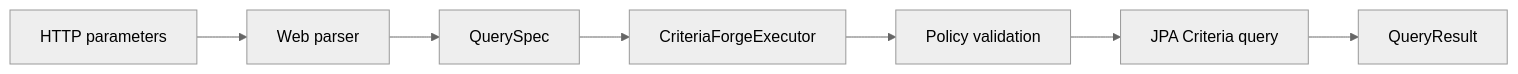
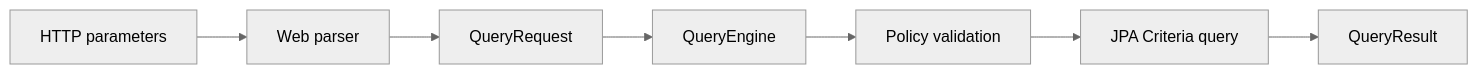
One commit to EmmanuelCazarez/criteriaforge changed the diagram in docs/architecture.md. Above: the diagram before and after it, drawn with Mermaid (neutral theme). The commit also changed other lines of this file and 36 other files, not shown here.

````diff
--- a/docs/architecture.md
+++ b/docs/architecture.md
@@ -5,9 +5,9 @@
 ```mermaid
 flowchart LR
     A["HTTP parameters"] --> B["Web parser"]
-    B --> C["QuerySpec"]
-    C --> D["CriteriaForgeExecutor"]
+    B --> C["QueryRequest"]
+    C --> D["QueryEngine"]
     D --> E["Policy validation"]
     E --> F["JPA Criteria query"]
     F --> G["QueryResult"]
 ```
````
